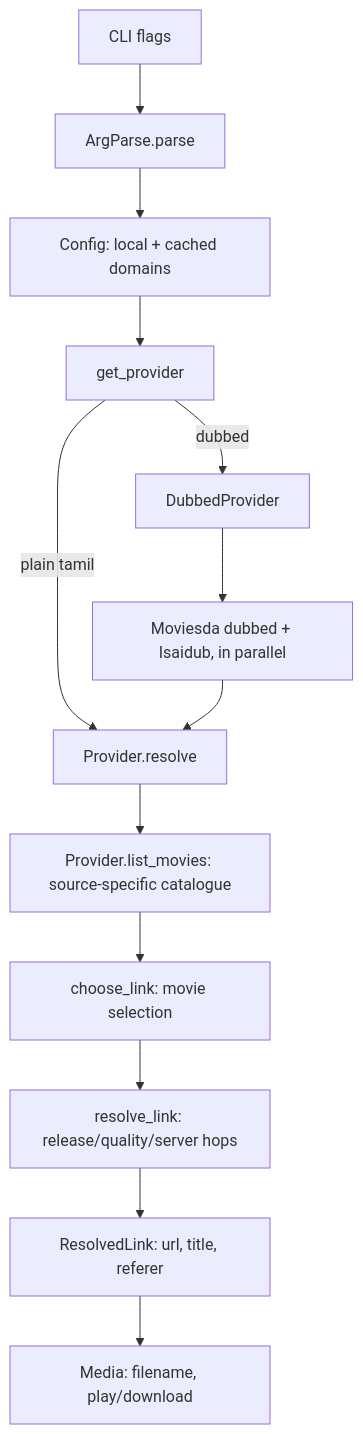
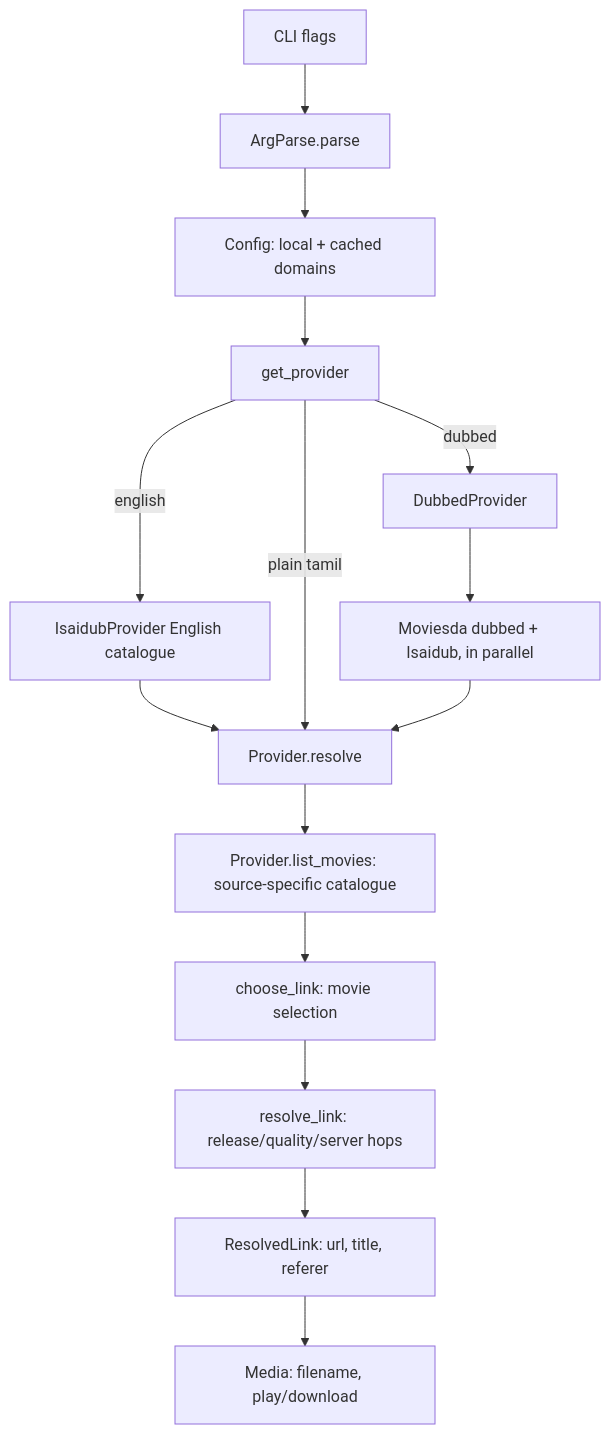
One commit to HaimiyaKurotsuki/eiga-cli changed the diagram in docs/architecture.md. Above: the diagram before and after it, drawn with Mermaid. The commit also changed other lines of this file and 6 other files, not shown here.

````diff
--- a/docs/architecture.md
+++ b/docs/architecture.md
@@ -36,15 +38,17 @@
 ```mermaid
 flowchart TD
     A[CLI flags] --> B[ArgParse.parse]
     B --> C[Config: local + cached domains]
     C --> D[get_provider]
     D -->|dubbed| D2[DubbedProvider]
     D2 --> D3[Moviesda dubbed + Isaidub, in parallel]
+    D -->|english| D4[IsaidubProvider English catalogue]
+    D4 --> E
     D -->|plain tamil| E[Provider.resolve]
     D3 --> E
     E --> F[Provider.list_movies: source-specific catalogue]
     F --> G[choose_link: movie selection]
     G --> H[resolve_link: release/quality/server hops]
     H --> I[ResolvedLink: url, title, referer]
     I --> J[Media: filename, play/download]
 ```
````
